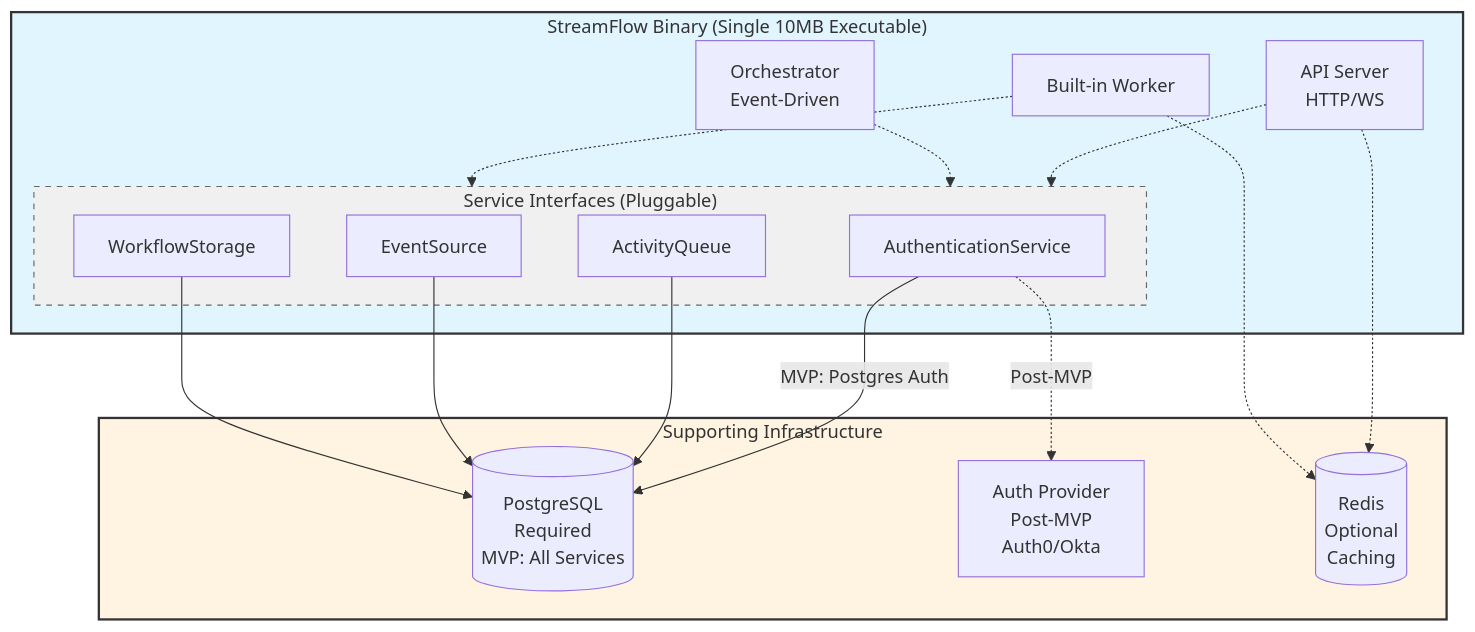
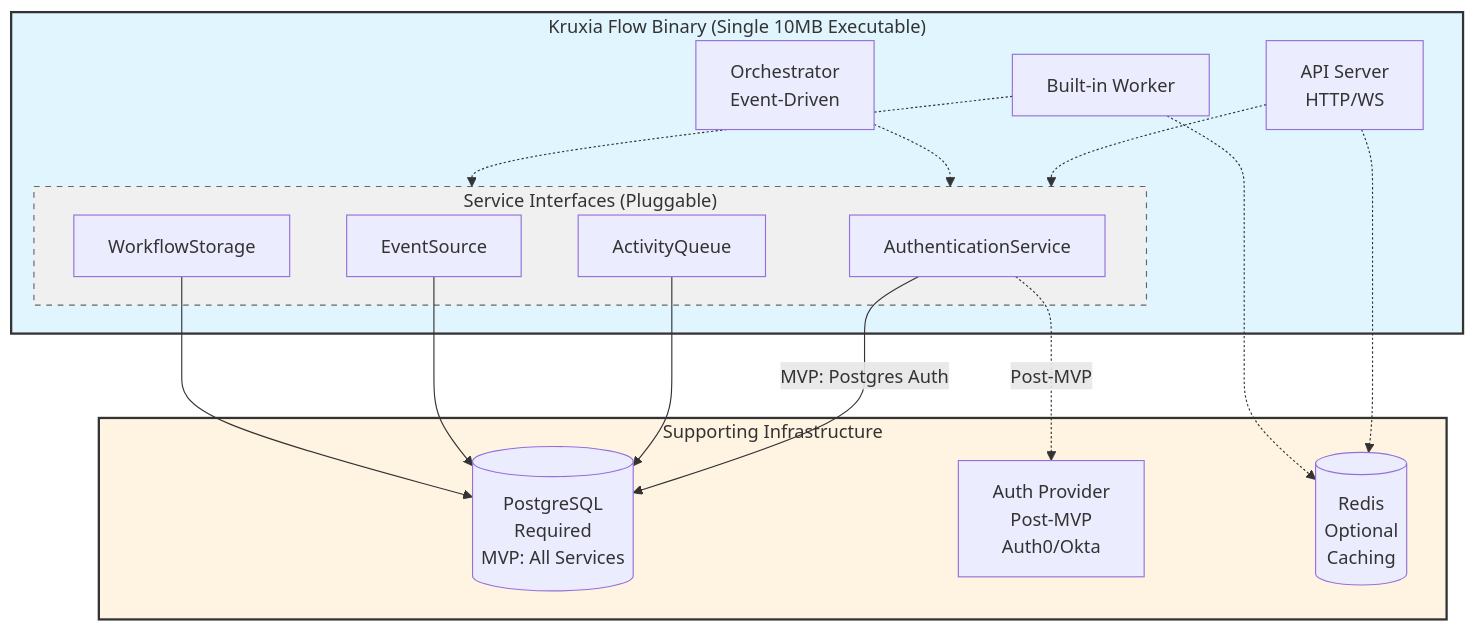
The first of 4 diagrams in docs/architecture.md (kruxia/kruxiaflow), drawn with Mermaid before and after one commit. The commit also changed other lines of this file and 239 other files, not shown here.

Commit message:
Rename StreamFlow => Kruxia Flow

````diff
--- a/docs/architecture.md
+++ b/docs/architecture.md
@@ -35,42 +35,42 @@
 ```mermaid
 flowchart TB
-    subgraph Binary["StreamFlow Binary (Single 10MB Executable)"]
+    subgraph Binary["Kruxia Flow Binary (Single 10MB Executable)"]
         API[API Server<br/>HTTP/WS]
         Orch[Orchestrator<br/>Event-Driven]
         Worker[Built-in Worker]
 
         subgraph Interfaces["Service Interfaces (Pluggable)"]
             AuthSvc[AuthenticationService]
             QueueSvc[ActivityQueue]
             EventSvc[EventSource]
             StorageSvc[WorkflowStorage]
         end
     end
 
     subgraph Infra["Supporting Infrastructure"]
         PG[(PostgreSQL<br/>Required<br/>MVP: All Services)]
         Auth[Auth Provider<br/>Post-MVP<br/>Auth0/Okta]
         Redis[(Redis<br/>Optional<br/>Caching)]
     end
 
     API -.-> Interfaces
     Orch -.-> Interfaces
     Worker -.-> Interfaces
 
     AuthSvc -->|MVP: Postgres Auth| PG
     AuthSvc -.->|Post-MVP| Auth
     QueueSvc --> PG
     EventSvc --> PG
     StorageSvc --> PG
 
     API -.-> Redis
     Worker -.-> Redis
 
     classDef binary fill:#e1f5ff,stroke:#333,stroke-width:2px
     classDef infra fill:#fff4e1,stroke:#333,stroke-width:2px
     classDef interface fill:#f0f0f0,stroke:#666,stroke-dasharray: 5 5
 
     class Binary binary
     class Infra infra
     class Interfaces interface
 ```
````
